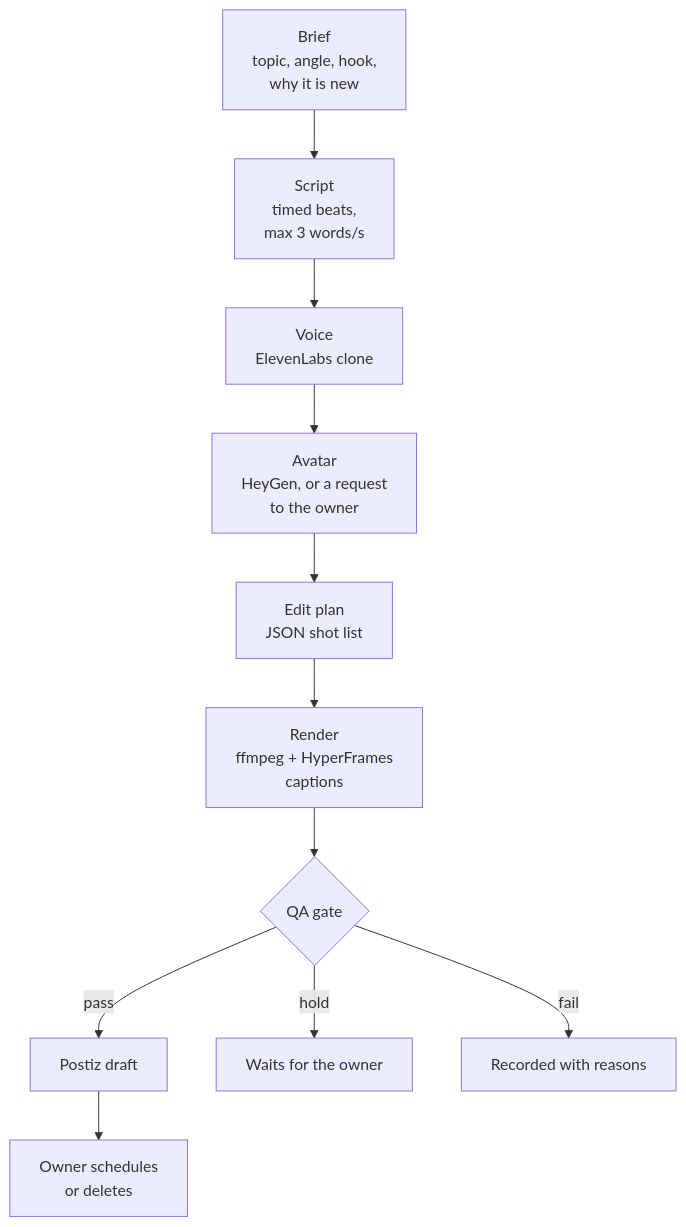
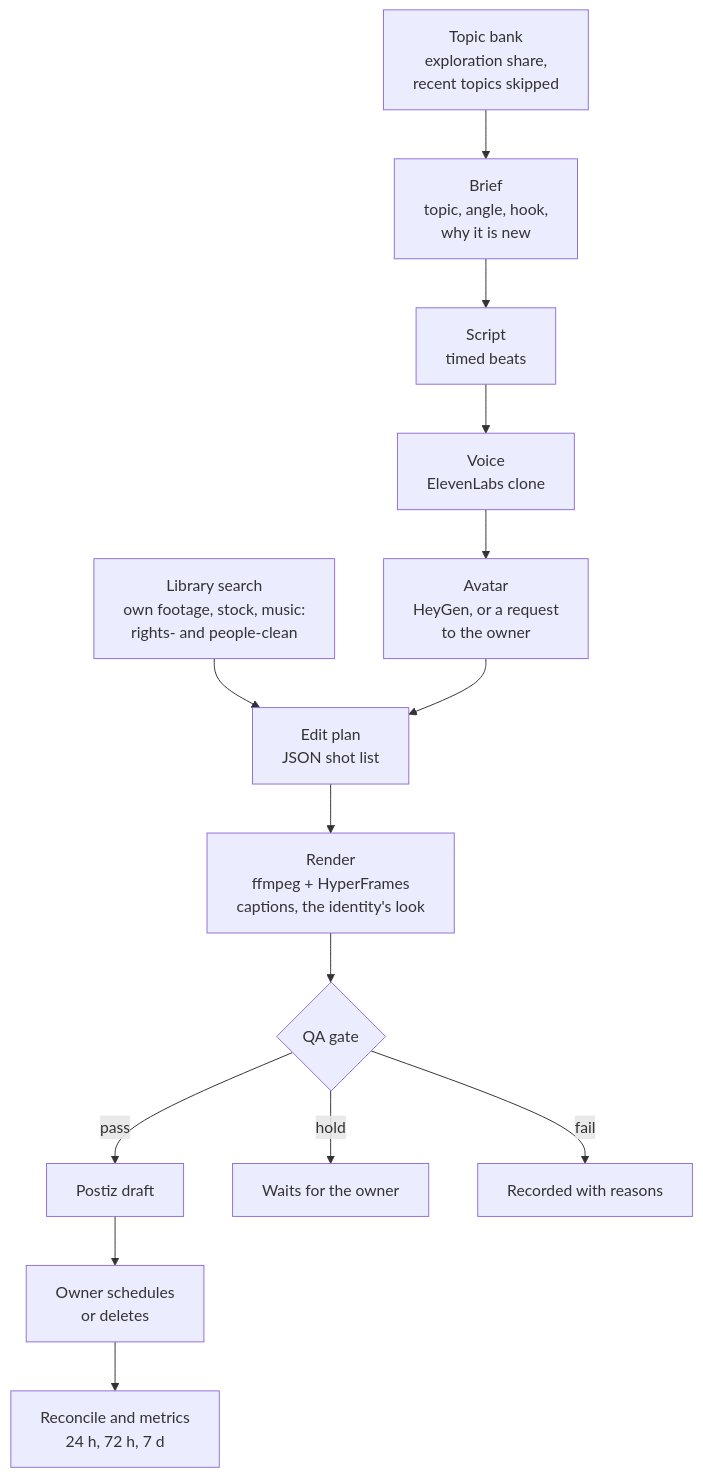
The first of 2 diagrams in README.md (digiscalability/content-engine), drawn with Mermaid before and after one commit. The commit also changed other lines of this file and 164 other files, not shown here.

````diff
--- a/README.md
+++ b/README.md
@@ -13,13 +17,16 @@
 ```mermaid
 flowchart TB
-  B["Brief<br/>topic, angle, hook,<br/>why it is new"] --> S["Script<br/>timed beats,<br/>max 3 words/s"]
+  T["Topic bank<br/>exploration share,<br/>recent topics skipped"] --> B["Brief<br/>topic, angle, hook,<br/>why it is new"]
+  B --> S["Script<br/>timed beats"]
   S --> V["Voice<br/>ElevenLabs clone"]
   V --> A["Avatar<br/>HeyGen, or a request<br/>to the owner"]
+  L["Library search<br/>own footage, stock, music:<br/>rights- and people-clean"] --> E
   A --> E["Edit plan<br/>JSON shot list"]
-  E --> R["Render<br/>ffmpeg + HyperFrames<br/>captions"]
+  E --> R["Render<br/>ffmpeg + HyperFrames<br/>captions, the identity's look"]
   R --> Q{"QA gate"}
   Q -- pass --> D["Postiz draft"]
   Q -- hold --> H["Waits for the owner"]
   Q -- fail --> F["Recorded with reasons"]
   D --> O["Owner schedules<br/>or deletes"]
+  O --> M["Reconcile and metrics<br/>24 h, 72 h, 7 d"]
 ```
````
